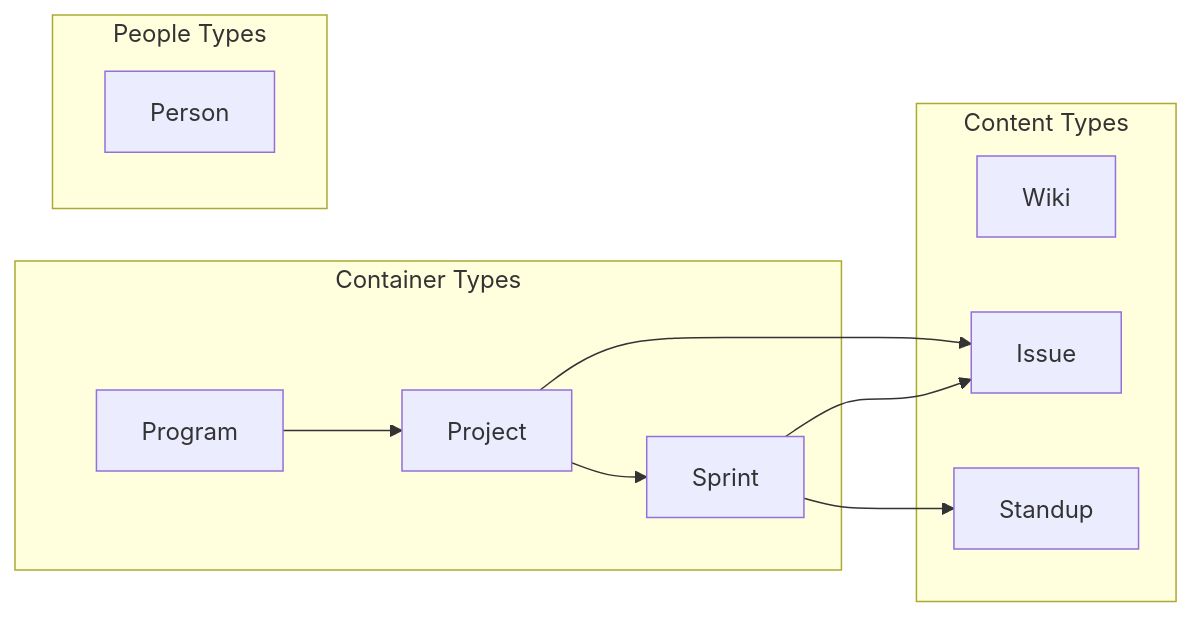
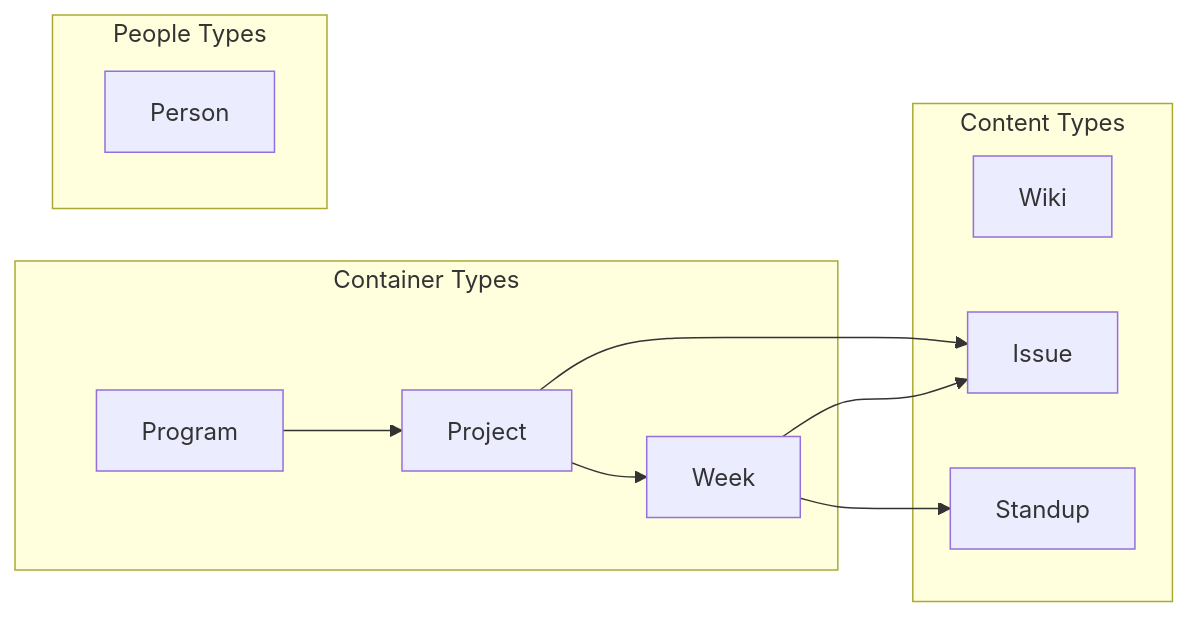
Before and after one commit to US-Department-of-the-Treasury/ship: the fifth of 12 diagrams in docs/claude-reference/diagrams.md, drawn with Mermaid. The commit also changed other lines of this file and 125 other files, not shown here.

````diff
--- a/docs/claude-reference/diagrams.md
+++ b/docs/claude-reference/diagrams.md
@@ -130,24 +130,24 @@
 ```mermaid
 graph LR
     subgraph "Content Types"
         Wiki[Wiki]
         Issue[Issue]
         Standup[Standup]
     end
 
     subgraph "Container Types"
         Program[Program]
         Project[Project]
-        Sprint[Sprint]
+        Week[Week]
     end
 
     subgraph "People Types"
         Person[Person]
     end
 
     Program --> Project
-    Project --> Sprint
+    Project --> Week
     Project --> Issue
-    Sprint --> Issue
-    Sprint --> Standup
+    Week --> Issue
+    Week --> Standup
 ```
````
